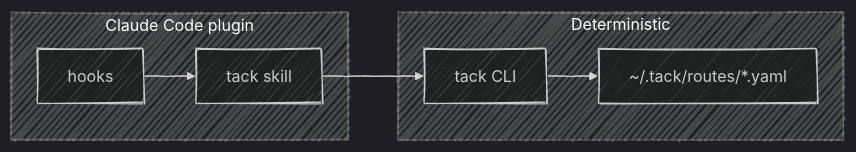
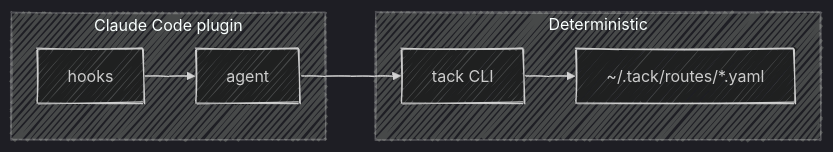
One commit to chris-peterson/tack changed the diagram in SPEC.md. Above: the diagram before and after it, drawn with Mermaid (dark theme). The commit also changed other lines of this file and 16 other files, not shown here.

````diff
--- a/SPEC.md
+++ b/SPEC.md
@@ -16,17 +17,17 @@
 ```mermaid
 %%{ init: { 'look': 'handDrawn' } }%%
 flowchart LR
     subgraph deterministic ["Deterministic"]
         cli["tack CLI"]
         schema["~/.tack/routes/*.yaml"]
         cli --> schema
     end
 
     subgraph plugin ["Claude Code plugin"]
         hooks["hooks"]
-        skill["tack skill"]
-        hooks --> skill
+        agent["agent"]
+        hooks --> agent
     end
 
-    skill --> cli
+    agent --> cli
 ```
````
